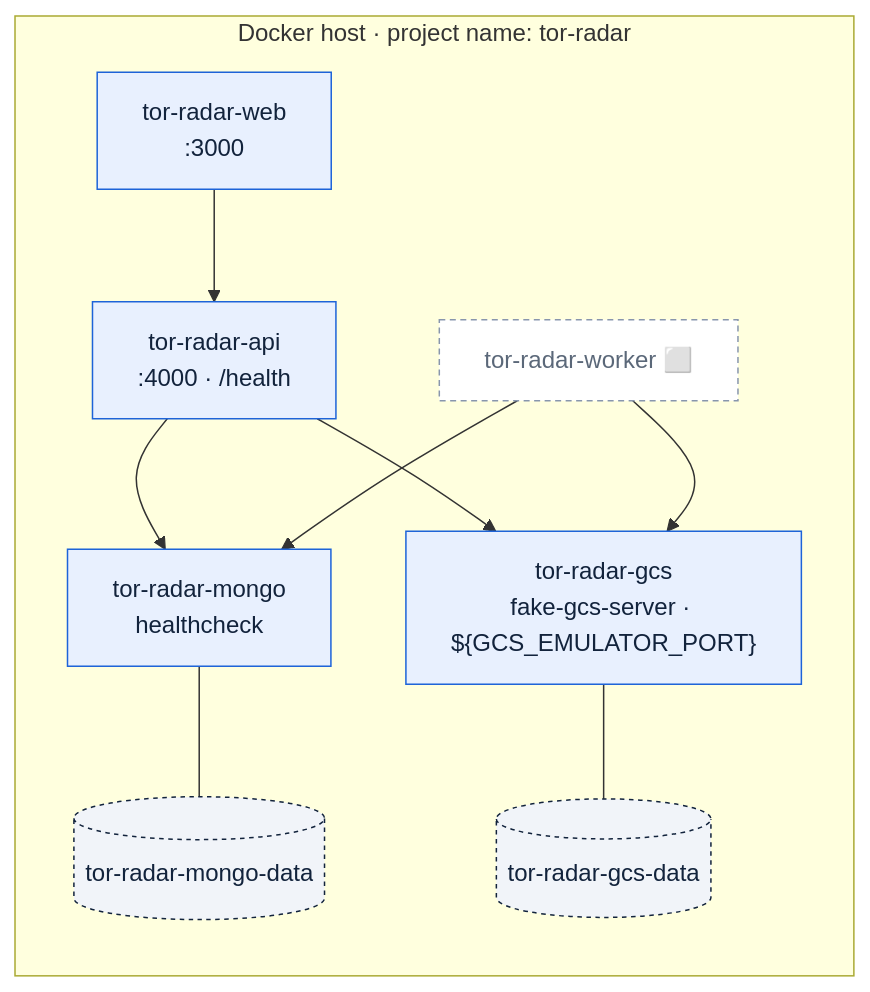
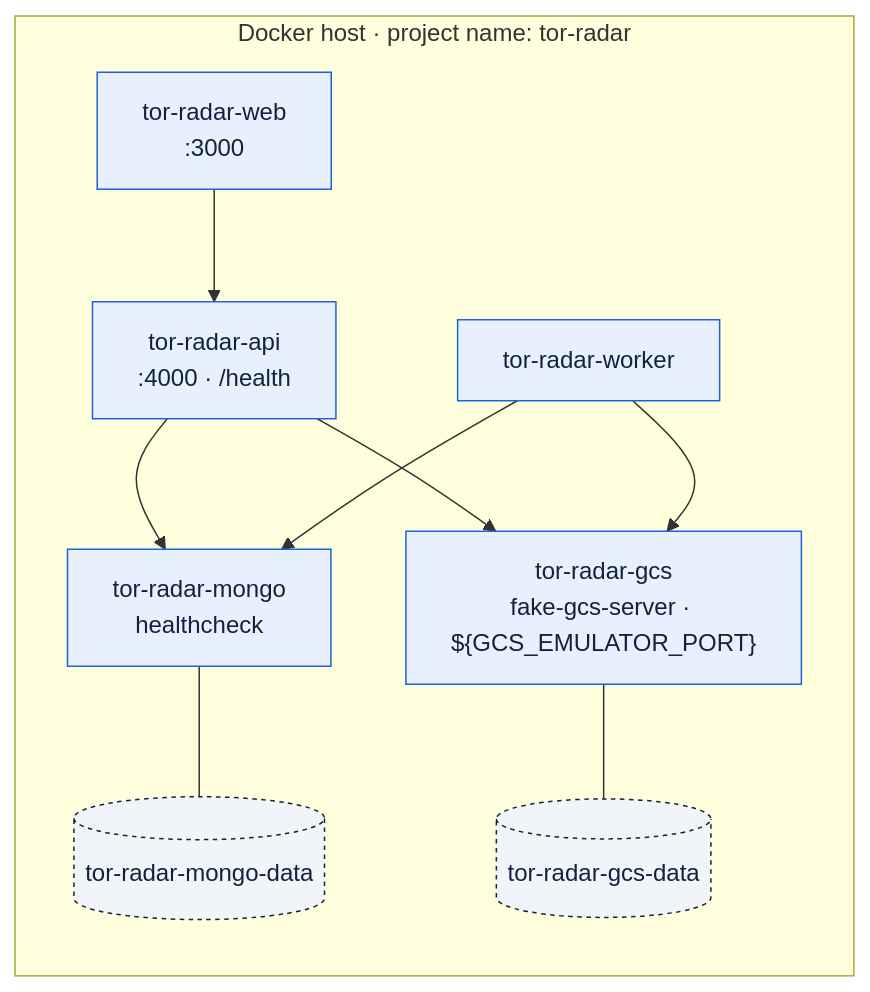
The ninth of 9 diagrams in docs/ARCHITECTURE.md (TORMomentum/Momentum), drawn with Mermaid before and after one commit. The commit also changed other lines of this file, not shown here.

Commit message:
docs(architecture): status markers match what is builtSlices 2-4 were still marked planned. The signed-URL invariant contradicted streaming. CI was said to run a dependency audit it does not run. Stats/notify workers have no Compose service, and this is now stated. Mermaid: 15 blocks parse.

````diff
--- a/docs/ARCHITECTURE.md
+++ b/docs/ARCHITECTURE.md
@@ -578,28 +576,26 @@
 ```mermaid
 flowchart TB
     subgraph host["Docker host · project name: tor-radar"]
         direction TB
         w["tor-radar-web<br/>:3000"]
         a["tor-radar-api<br/>:4000 · /health"]
-        k["tor-radar-worker ⬜"]
+        k["tor-radar-worker"]
         m["tor-radar-mongo<br/>healthcheck"]
         s["tor-radar-gcs<br/>fake-gcs-server · ${GCS_EMULATOR_PORT}"]
         mv[("tor-radar-mongo-data")]
         sv[("tor-radar-gcs-data")]
     end
 
     w --> a
     a --> m
     a --> s
     k --> m
     k --> s
     m --- mv
     s --- sv
 
     classDef svc fill:#e8f0fe,stroke:#1d63d8,color:#12233c
     classDef vol fill:#f1f4f9,stroke:#12233c,color:#12233c,stroke-dasharray:3 3
-    classDef planned fill:#fff,stroke:#8896ad,color:#5b6879,stroke-dasharray:4 3
-    class w,a,m,s svc
-    class k planned
+    class w,a,m,s,k svc
     class mv,sv vol
 ```
````
